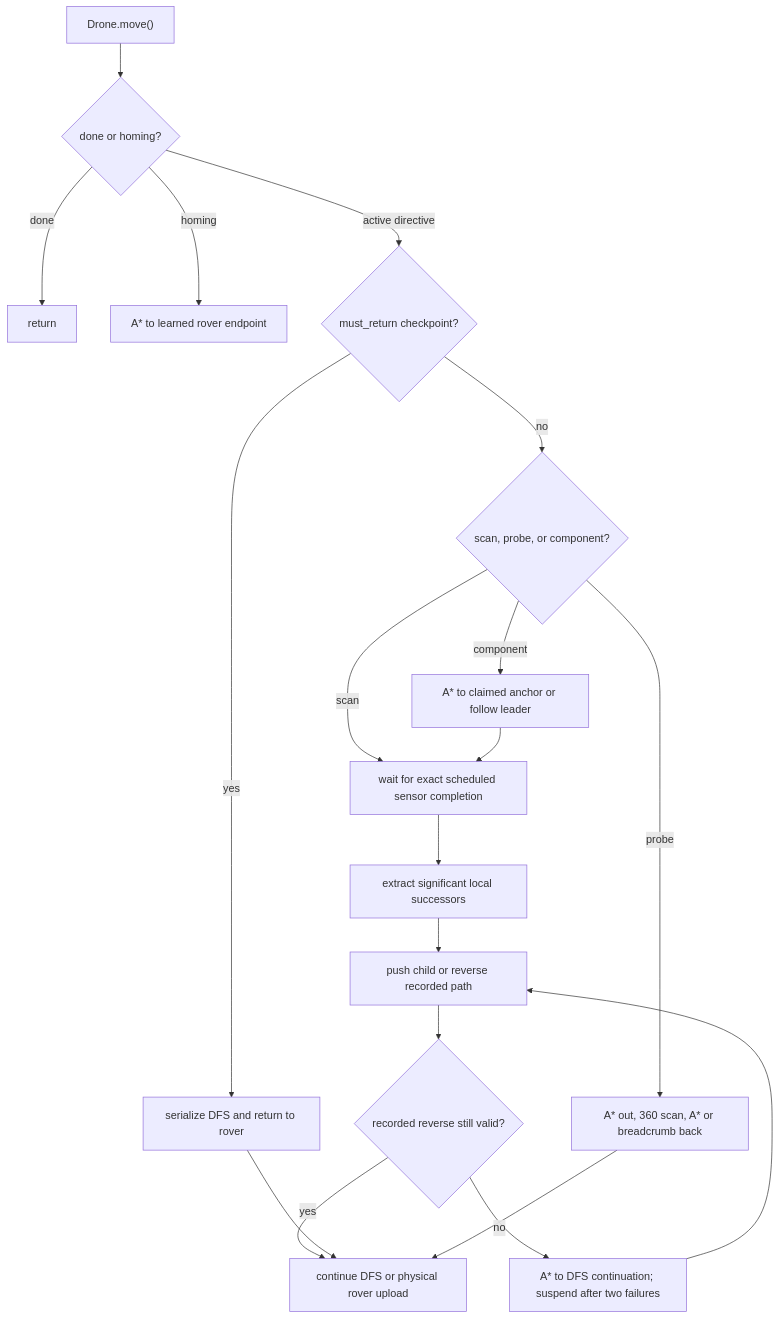
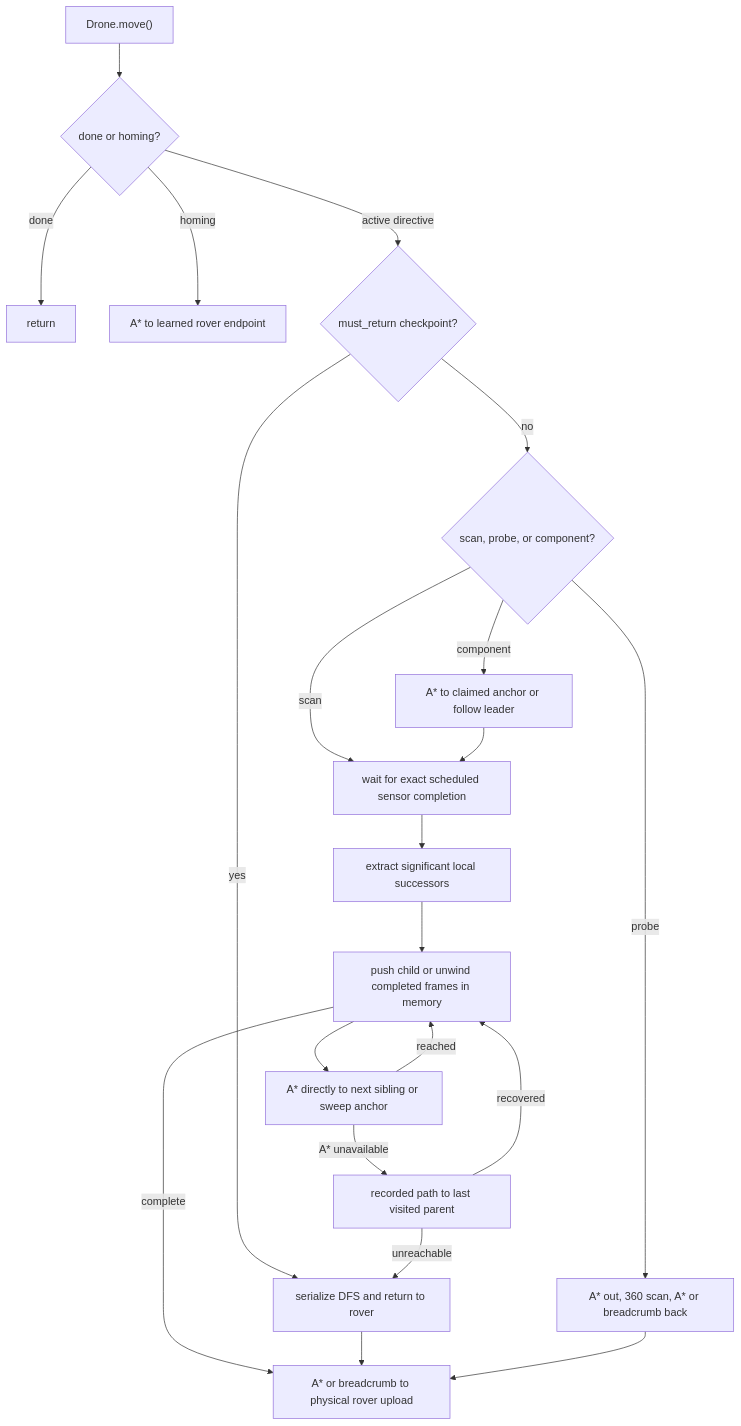
Before and after one commit to Gmark117/Cave_Game: the second of 2 diagrams in docs/CODEFLOW.md, drawn with Mermaid. The commit also changed other lines of this file and 33 other files, not shown here.

````diff
--- a/docs/CODEFLOW.md
+++ b/docs/CODEFLOW.md
@@ -67,21 +67,23 @@
 ```mermaid
 flowchart TD
     Tick["Drone.move()"] --> State{"done or homing?"}
     State -->|done| Stop["return"]
     State -->|homing| Home["A* to learned rover endpoint"]
     State -->|active directive| Energy{"must_return checkpoint?"}
     Energy -->|yes| Suspend["serialize DFS and return to rover"]
     Energy -->|no| Kind{"scan, probe, or component?"}
     Kind -->|scan| WaitScan["wait for exact scheduled sensor completion"]
     Kind -->|probe| Probe["A* out, 360 scan, A* or breadcrumb back"]
     Kind -->|component| Route["A* to claimed anchor or follow leader"]
     Route --> WaitScan
     WaitScan --> Successors["extract significant local successors"]
-    Successors --> DFS["push child or reverse recorded path"]
-    DFS --> Recover{"recorded reverse still valid?"}
-    Recover -->|no| Replan["A* to DFS continuation; suspend after two failures"]
-    Replan --> DFS
-    Recover -->|yes| CheckIn["continue DFS or physical rover upload"]
+    Successors --> DFS["push child or unwind completed frames in memory"]
+    DFS --> Reposition["A* directly to next sibling or sweep anchor"]
+    Reposition -->|A* unavailable| Breadcrumb["recorded path to last visited parent"]
+    Breadcrumb -->|recovered| DFS
+    Breadcrumb -->|unreachable| Suspend
+    Reposition -->|reached| DFS
+    DFS -->|complete| CheckIn["A* or breadcrumb to physical rover upload"]
     Suspend --> CheckIn
     Probe --> CheckIn
 ```
````
